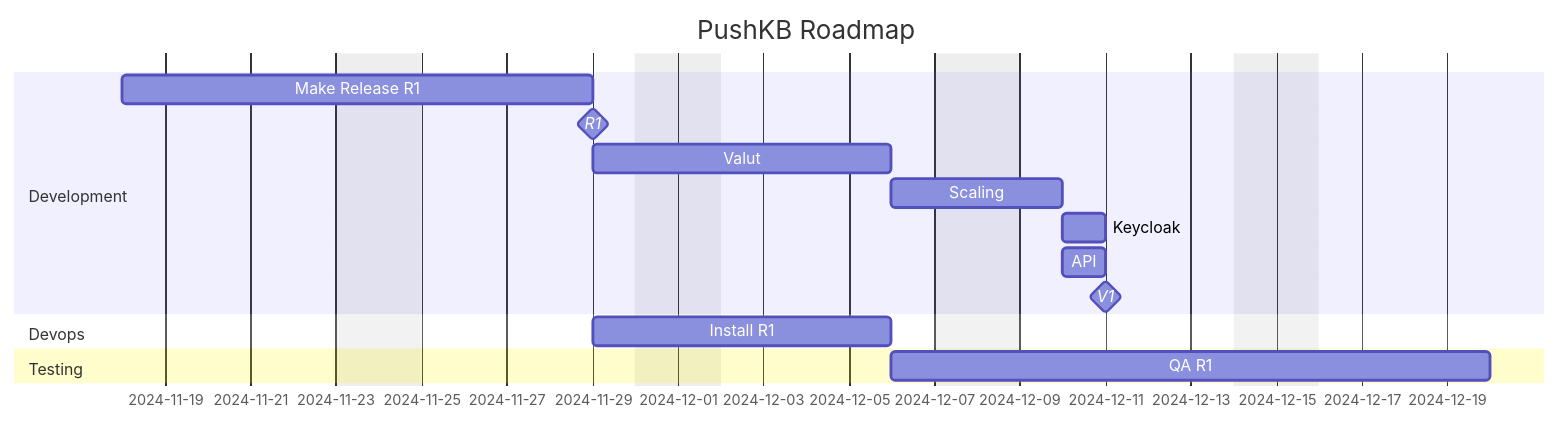
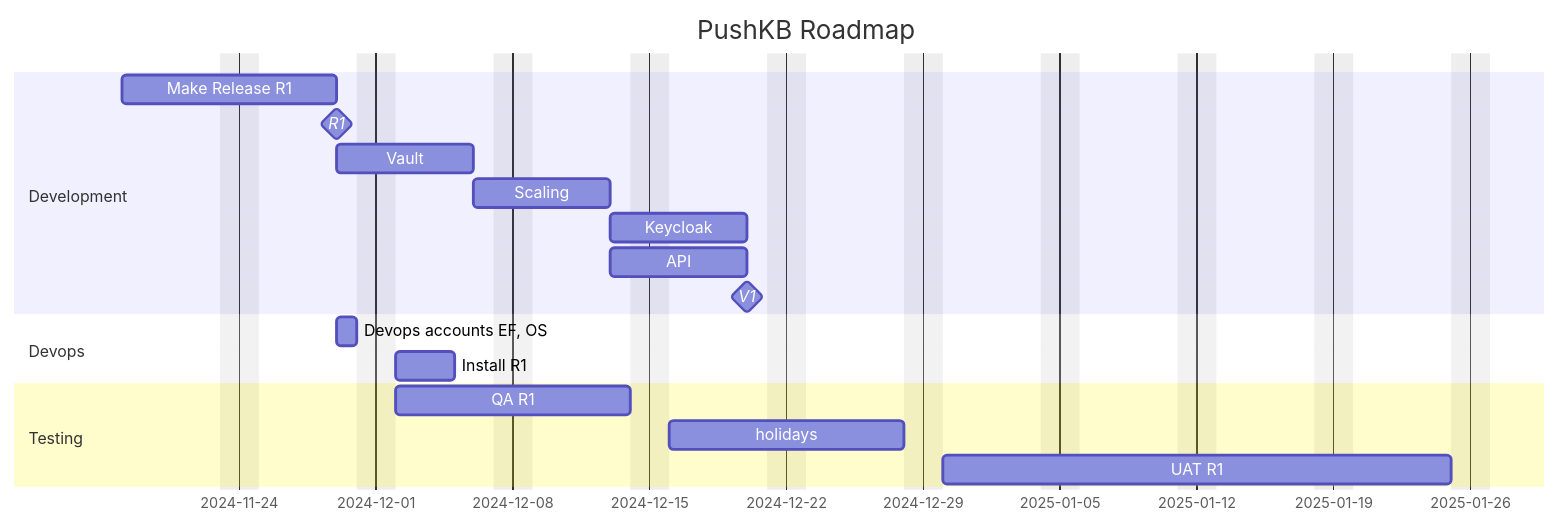
Before and after one commit to julianladisch/pushkb: the diagram in docs/roadmap.md, drawn with Mermaid.

Commit message:
updated roadmap

````diff
--- a/docs/roadmap.md
+++ b/docs/roadmap.md
@@ -3,22 +3,25 @@
 ```mermaid
 gantt
     title PushKB Roadmap
     dateFormat  YYYY-MM-DD
     excludes    weekends
 
     section Development
     Make Release R1                  :t3-0, 2024-11-18, 9d
     R1                               :milestone, after t3-0, 0d
-    Valut                            :t3-1, after t3-0, 5d
-    Scaling                          :t3-2, after t3-1, 2d
-    Keycloak                         :t3-3, after t3-2, 1d
-    API                              :t3-4, after t3-2, 1d
+    Vault                            :t3-1, after t3-0, 5d
+    Scaling                          :t3-2, after t3-1, 5d
+    Keycloak                         :t3-3, after t3-2, 5d
+    API                              :t3-4, after t3-2, 5d
 		V1                               :milestone, after t3-4, 0d
 
     section Devops
-    Install R1                       :t4-1, after t3-0, 5d
+    Devops accounts EF, OS           :t4-1, after t3-0, 1d
+    Install R1                       :t4-2, after t4-1, 3d
 
     section Testing
     QA R1                            :t5-1, after t4-1, 10d
+    holidays                         :t5-2, after t5-1, 10d
+    UAT R1                           :t5-3, after t5-2, 20d
 
 ```
````
